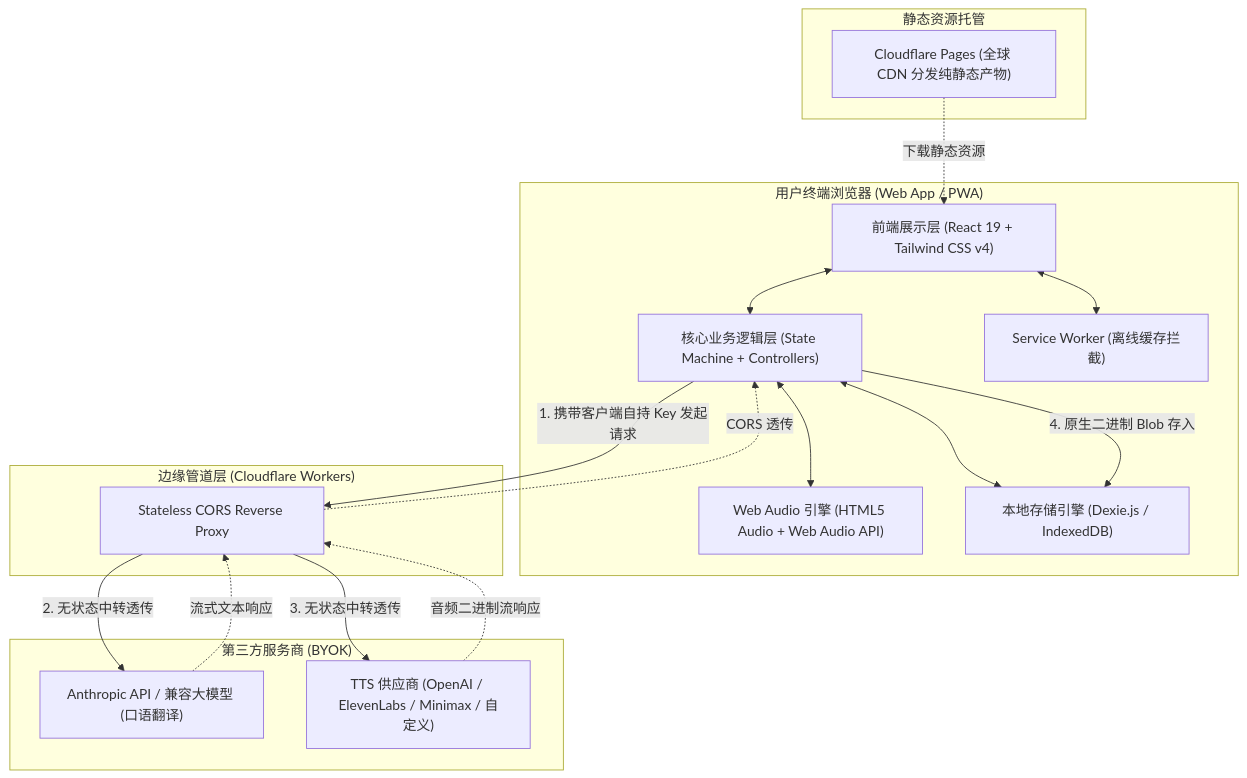
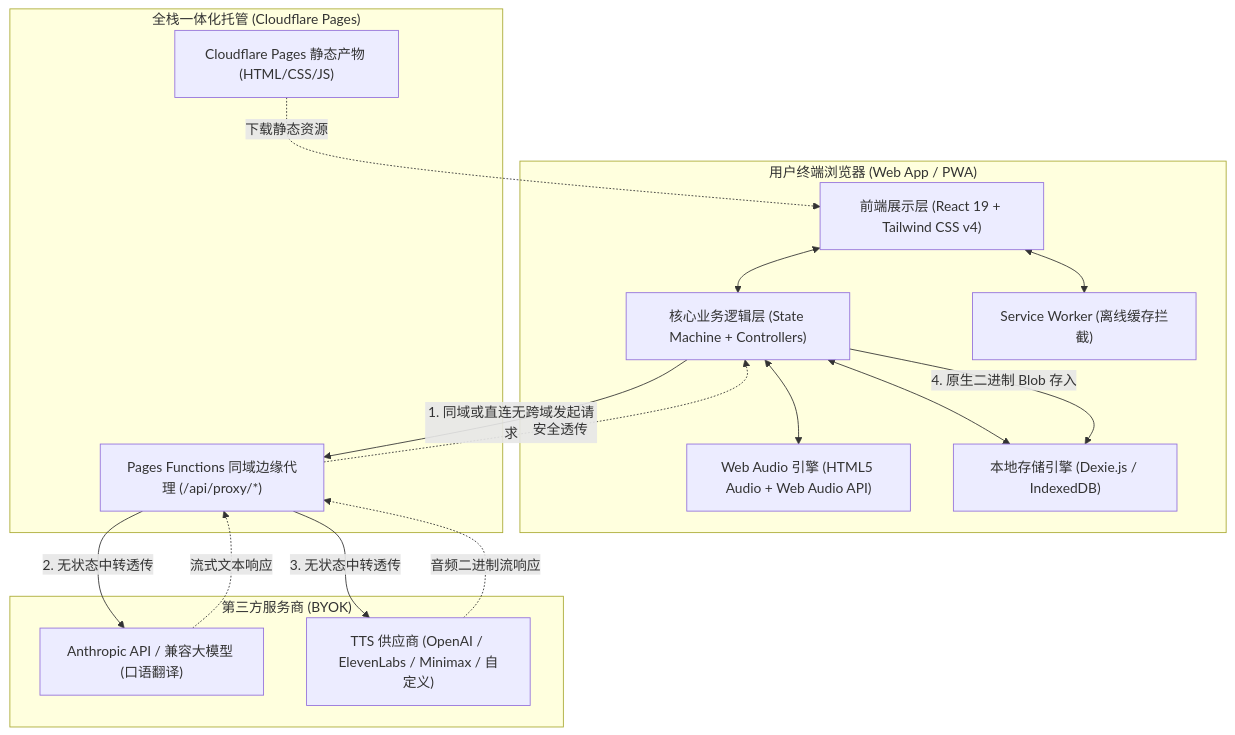
Before and after one commit to availlogic/talkdrill: the first of 6 diagrams in docs/Architecture.md, drawn with Mermaid. The commit also changed other lines of this file and 12 other files, not shown here.

Commit message:
feat(llm): optimize LLM integration with Cloudflare Pages Functions and smart endpoint normalizer

````diff
--- a/docs/Architecture.md
+++ b/docs/Architecture.md
@@ -21,37 +21,34 @@
 ```mermaid
 flowchart TD
     subgraph ClientBrowser ["用户终端浏览器 (Web App / PWA)"]
         UI["前端展示层 (React 19 + Tailwind CSS v4)"]
         Core["核心业务逻辑层 (State Machine + Controllers)"]
         AudioEng["Web Audio 引擎 (HTML5 Audio + Web Audio API)"]
         StorageEng["本地存储引擎 (Dexie.js / IndexedDB)"]
         SW["Service Worker (离线缓存拦截)"]
         
         UI <--> Core
         Core <--> AudioEng
         Core <--> StorageEng
         UI <--> SW
     end
 
-    subgraph Hosting ["静态资源托管"]
-        CFPages["Cloudflare Pages (全球 CDN 分发纯静态产物)"]
-    end
-
-    subgraph EdgeGateway ["边缘管道层 (Cloudflare Workers)"]
-        CFWorker["Stateless CORS Reverse Proxy"]
+    subgraph Hosting ["全栈一体化托管 (Cloudflare Pages)"]
+        CFPages["Cloudflare Pages 静态产物 (HTML/CSS/JS)"]
+        PagesFn["Pages Functions 同域边缘代理 (/api/proxy/*)"]
     end
 
     subgraph ExternalServices ["第三方服务商 (BYOK)"]
         LLM["Anthropic API / 兼容大模型 (口语翻译)"]
         TTS["TTS 供应商 (OpenAI / ElevenLabs / Minimax / 自定义)"]
     end
 
     CFPages -.->|下载静态资源| UI
-    Core -->|1. 携带客户端自持 Key 发起请求| CFWorker
-    CFWorker -->|2. 无状态中转透传| LLM
-    CFWorker -->|3. 无状态中转透传| TTS
-    LLM -.->|流式文本响应| CFWorker
-    TTS -.->|音频二进制流响应| CFWorker
-    CFWorker -.->|CORS 透传| Core
+    Core -->|1. 同域或直连无跨域发起请求| PagesFn
+    PagesFn -->|2. 无状态中转透传| LLM
+    PagesFn -->|3. 无状态中转透传| TTS
+    LLM -.->|流式文本响应| PagesFn
+    TTS -.->|音频二进制流响应| PagesFn
+    PagesFn -.->|安全透传| Core
     Core -->|4. 原生二进制 Blob 存入| StorageEng
 ```
````
